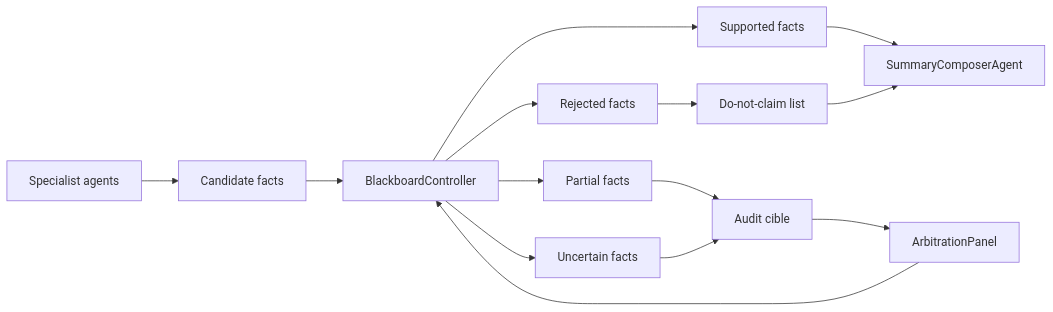
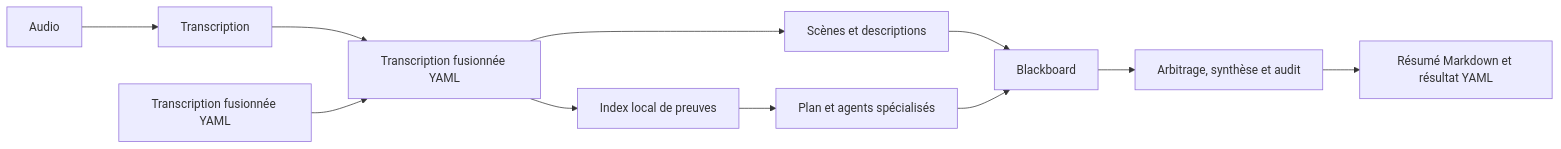
Before and after one commit to Wameuh/Tara: the diagram in ARCHITECTURE.md, drawn with Mermaid. The commit also changed other lines of this file and 25 other files, not shown here.

````diff
--- a/ARCHITECTURE.md
+++ b/ARCHITECTURE.md
@@ -118,16 +8,13 @@
 ```mermaid
 flowchart LR
-    A[Specialist agents] --> B[Candidate facts]
-    B --> C[BlackboardController]
-    C --> D[Supported facts]
-    C --> E[Partial facts]
-    C --> F[Rejected facts]
-    C --> G[Uncertain facts]
-    D --> H[SummaryComposerAgent]
-    E --> I[Audit cible]
-    G --> I
-    F --> J[Do-not-claim list]
-    J --> H
-    I --> K[ArbitrationPanel]
-    K --> C
+    A[Audio] --> T[Transcription]
+    T --> M[Transcription fusionnée YAML]
+    Y[Transcription fusionnée YAML] --> M
+    M --> S[Scènes et descriptions]
+    M --> E[Index local de preuves]
+    S --> B[Blackboard]
+    E --> P[Plan et agents spécialisés]
+    P --> B
+    B --> R[Arbitrage, synthèse et audit]
+    R --> O[Résumé Markdown et résultat YAML]
 ```
````
